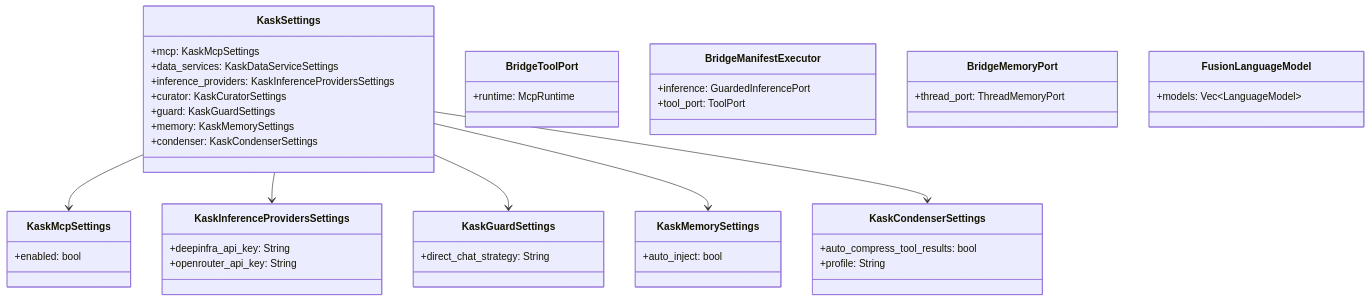
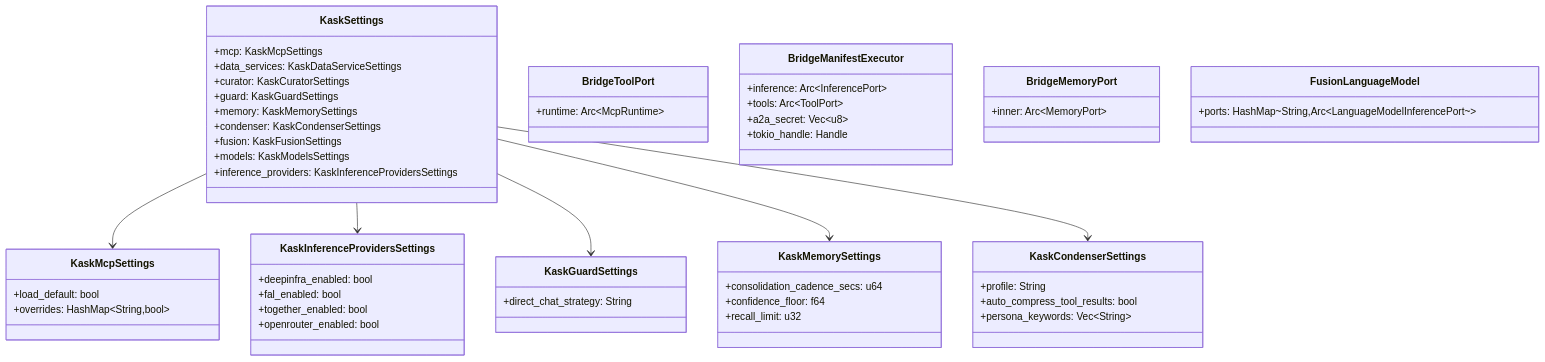
The diagram in kask/docs/diataxis/kask_bridge/reference.md (mdz-axo/zed-kask), drawn with Mermaid before and after one commit. The commit also changed other lines of this file and 33 other files, not shown here.

````diff
--- a/kask/docs/diataxis/kask_bridge/reference.md
+++ b/kask/docs/diataxis/kask_bridge/reference.md
@@ -47,48 +54,58 @@
 ```mermaid
 classDiagram
     class KaskSettings {
         +mcp: KaskMcpSettings
         +data_services: KaskDataServiceSettings
-        +inference_providers: KaskInferenceProvidersSettings
         +curator: KaskCuratorSettings
         +guard: KaskGuardSettings
         +memory: KaskMemorySettings
         +condenser: KaskCondenserSettings
+        +fusion: KaskFusionSettings
+        +models: KaskModelsSettings
+        +inference_providers: KaskInferenceProvidersSettings
     }
     class KaskMcpSettings {
-        +enabled: bool
+        +load_default: bool
+        +overrides: HashMap~String,bool~
     }
     class KaskInferenceProvidersSettings {
-        +deepinfra_api_key: String
-        +openrouter_api_key: String
+        +deepinfra_enabled: bool
+        +fal_enabled: bool
+        +together_enabled: bool
+        +openrouter_enabled: bool
     }
     class KaskGuardSettings {
         +direct_chat_strategy: String
     }
     class KaskMemorySettings {
-        +auto_inject: bool
+        +consolidation_cadence_secs: u64
+        +confidence_floor: f64
+        +recall_limit: u32
     }
     class KaskCondenserSettings {
+        +profile: String
         +auto_compress_tool_results: bool
-        +profile: String
+        +persona_keywords: Vec~String~
     }
     class BridgeToolPort {
-        +runtime: McpRuntime
+        +runtime: Arc~McpRuntime~
     }
     class BridgeManifestExecutor {
-        +inference: GuardedInferencePort
-        +tool_port: ToolPort
+        +inference: Arc~InferencePort~
+        +tools: Arc~ToolPort~
+        +a2a_secret: Vec~u8~
+        +tokio_handle: Handle
     }
     class BridgeMemoryPort {
-        +thread_port: ThreadMemoryPort
+        +inner: Arc~MemoryPort~
     }
     class FusionLanguageModel {
-        +models: Vec~LanguageModel~
+        +ports: HashMap~String,Arc~LanguageModelInferencePort~~
     }
 
     KaskSettings --> KaskMcpSettings
     KaskSettings --> KaskInferenceProvidersSettings
     KaskSettings --> KaskGuardSettings
     KaskSettings --> KaskMemorySettings
     KaskSettings --> KaskCondenserSettings
 ```
````
